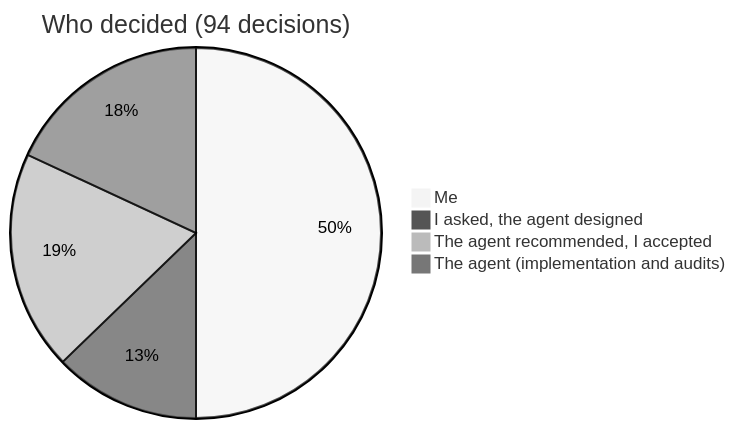
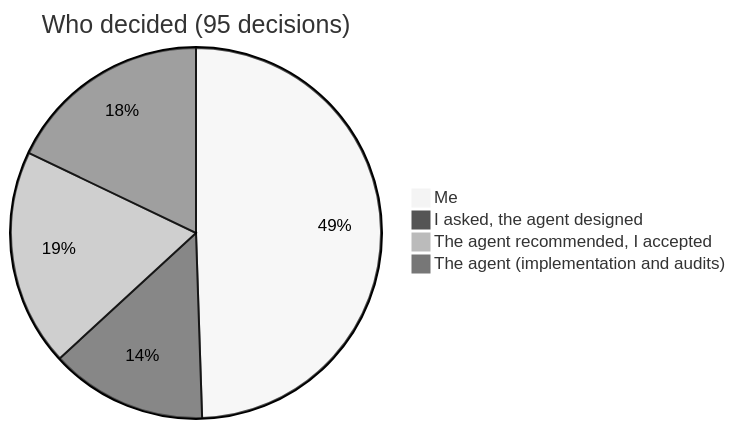
Before and after one commit to micaelcf/parcela-mais-case: the sixth of 6 diagrams in README.en.md, drawn with Mermaid (neutral theme). The commit also changed other lines of this file and 7 other files, not shown here.

````diff
--- a/README.en.md
+++ b/README.en.md
@@ -247,7 +250,7 @@
 ```mermaid
-pie title Who decided (94 decisions)
+pie title Who decided (95 decisions)
     "Me" : 47
-    "I asked, the agent designed" : 12
+    "I asked, the agent designed" : 13
     "The agent recommended, I accepted" : 18
     "The agent (implementation and audits)" : 17
 ```
````
